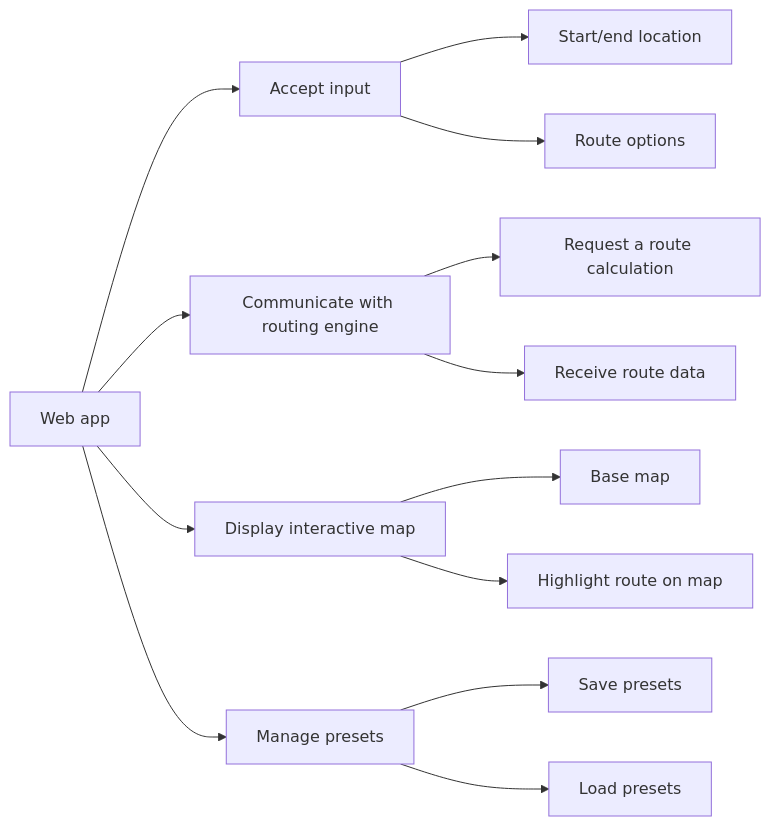
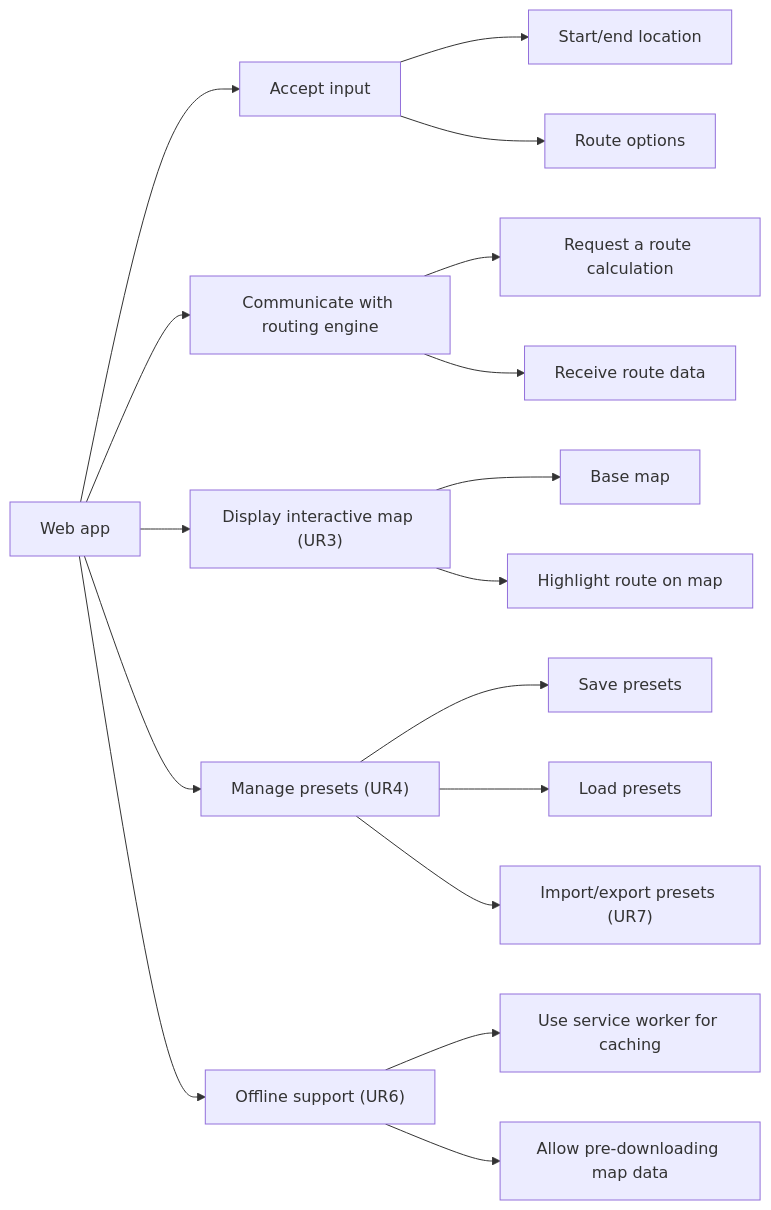
The second of 2 diagrams in docs/readme.md (RandomSearch18/a-level-project), drawn with Mermaid before and after one commit. The commit also changed other lines of this file, not shown here.

Commit message:
Program structure diagrams: Link user requirements to boxes

````diff
--- a/docs/readme.md
+++ b/docs/readme.md
@@ -837,16 +837,20 @@
 ```mermaid
 graph LR
   A[Web app]
   A --> B[Accept input]
     B --> BA[Start/end location]
     B --> BB[Route options]
   A --> C[Communicate with routing engine]
     C --> CA[Request a route calculation]
     C --> CB[Receive route data]
-  A --> D[Display interactive map]
+  A --> D["Display interactive map (UR3)"]
     D --> DA[Base map]
     D --> DB[Highlight route on map]
-  A --> E[Manage presets]
+  A --> E["Manage presets (UR4)"]
     E --> EA[Save presets]
     E --> EB[Load presets]
+    E --> EC["Import/export presets (UR7)"]
+  A --> F["Offline support (UR6)"]
+    F --> FA[Use service worker for caching]
+    F --> FB[Allow pre-downloading map data]
 ```
````
